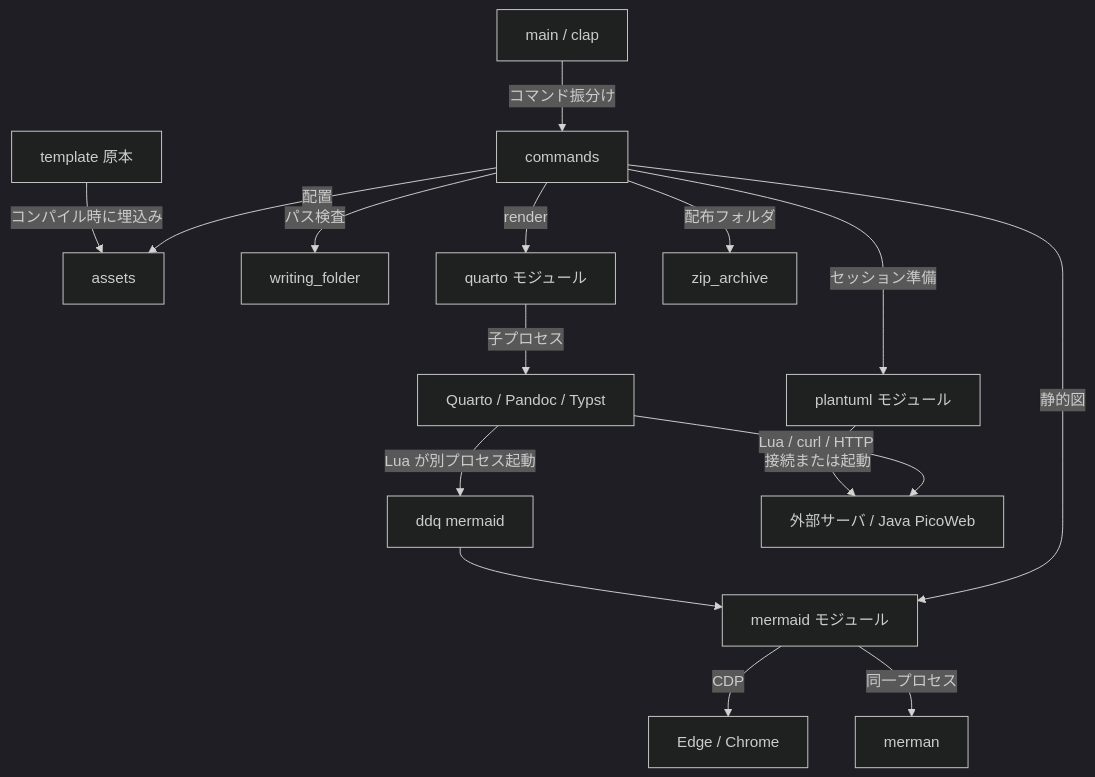
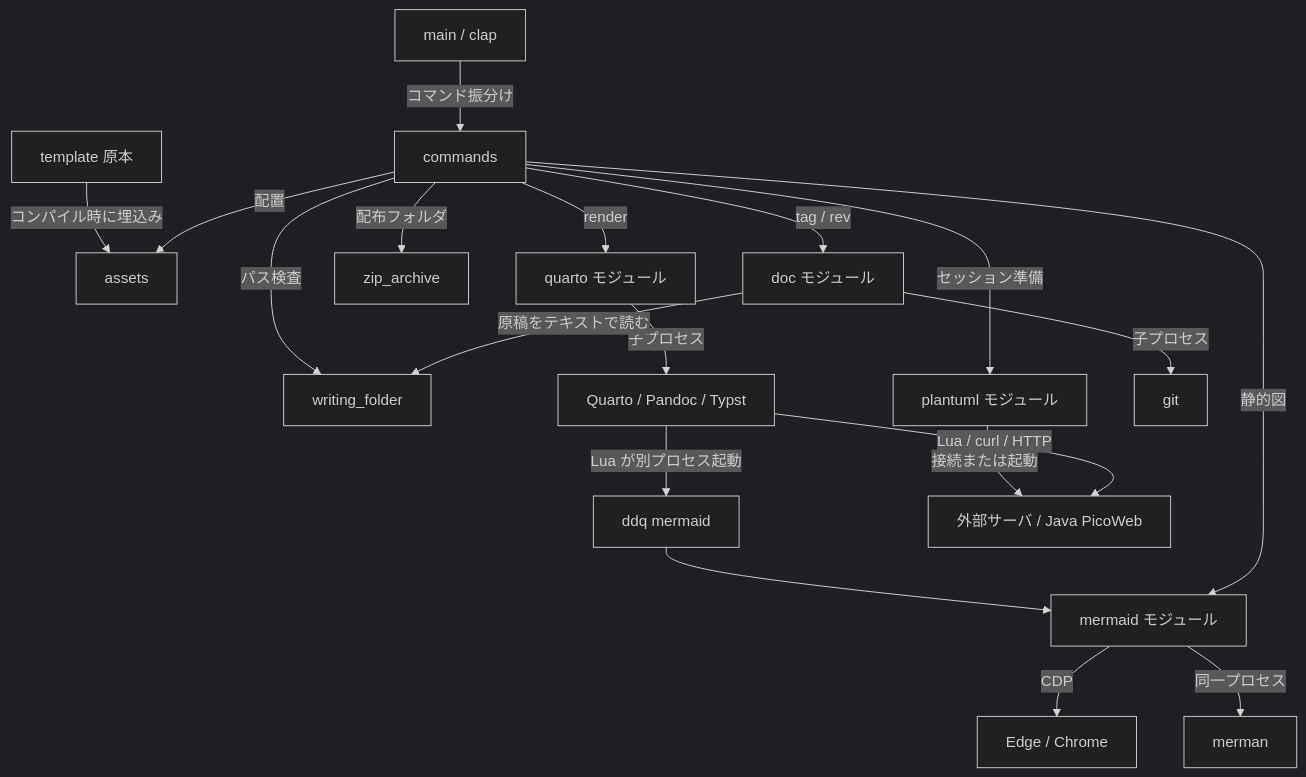
One commit to ramsesyok/ddq-template changed the diagram in docs/cli-impl/02-architecture.qmd. Above: the diagram before and after it, drawn with Mermaid (dark theme). The commit also changed other lines of this file and 24 other files, not shown here.

````diff
--- a/docs/cli-impl/02-architecture.qmd
+++ b/docs/cli-impl/02-architecture.qmd
@@ -7,18 +7,21 @@
 ```mermaid
 flowchart TB
   T[template 原本] -->|コンパイル時に埋込み| A[assets]
   M[main / clap] -->|コマンド振分け| C[commands]
   C -->|パス検査| W[writing_folder]
   C -->|配置| A
   C -->|render| Q[quarto モジュール]
   Q -->|子プロセス| P[Quarto / Pandoc / Typst]
   P -->|Lua が別プロセス起動| D[ddq mermaid]
   D --> R[mermaid モジュール]
   C -->|静的図| R
   R -->|CDP| B[Edge / Chrome]
   R -->|同一プロセス| N[merman]
   C -->|セッション準備| U[plantuml モジュール]
   U -->|接続または起動| S[外部サーバ / Java PicoWeb]
   P -->|Lua / curl / HTTP| S
   C -->|配布フォルダ| Z[zip_archive]
+  C -->|tag / rev| O[doc モジュール]
+  O -->|原稿をテキストで読む| W
+  O -->|子プロセス| G[git]
 ```
````
